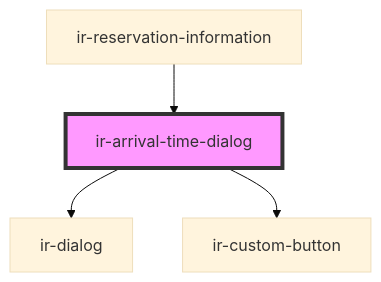
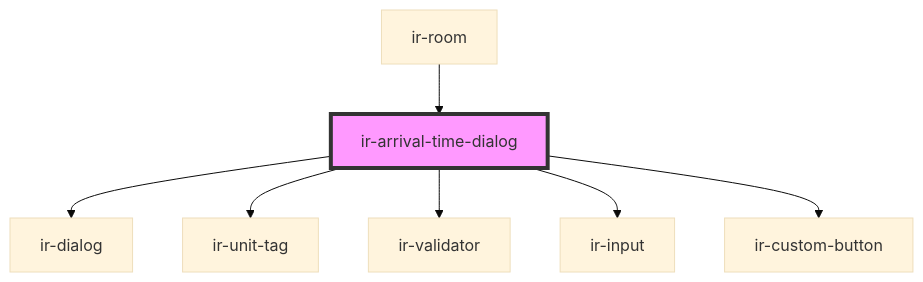
One commit to RonyRizk/ir-webcmp changed the diagram in src/components/ir-booking-details/ir-arrival-time-dialog/ir-arrival-time-dialog/readme.md. Above: the diagram before and after it, drawn with Mermaid (base theme). The commit also changed other lines of this file and 244 other files, not shown here.

````diff
--- a/src/components/ir-booking-details/ir-arrival-time-dialog/ir-arrival-time-dialog/readme.md
+++ b/src/components/ir-booking-details/ir-arrival-time-dialog/ir-arrival-time-dialog/readme.md
@@ -58,7 +60,10 @@
 ```mermaid
 graph TD;
   ir-arrival-time-dialog --> ir-dialog
+  ir-arrival-time-dialog --> ir-unit-tag
+  ir-arrival-time-dialog --> ir-validator
+  ir-arrival-time-dialog --> ir-input
   ir-arrival-time-dialog --> ir-custom-button
-  ir-reservation-information --> ir-arrival-time-dialog
+  ir-room --> ir-arrival-time-dialog
   style ir-arrival-time-dialog fill:#f9f,stroke:#333,stroke-width:4px
 ```
````
